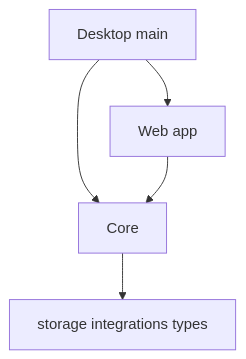
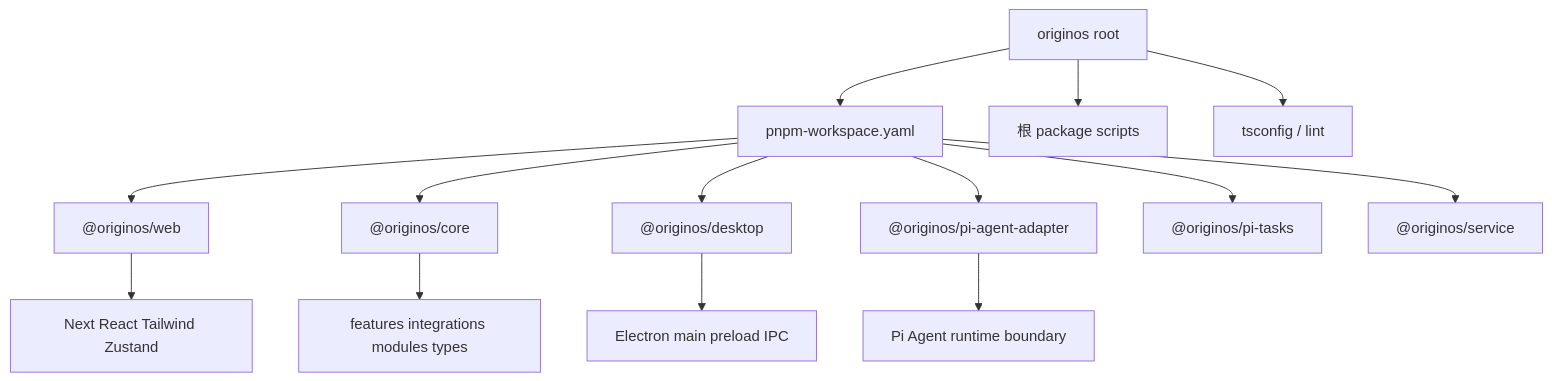
The diagram in learning-note/full-project-course-v2/textbook/part-a-system-foundation/A03-package-roles-and-dependency-direction.md (LavaCourage07/startupOS), drawn with Mermaid before and after one commit. The commit also changed other lines of this file and 24 other files, not shown here.

````diff
--- a/learning-note/full-project-course-v2/textbook/part-a-system-foundation/A03-package-roles-and-dependency-direction.md
+++ b/learning-note/full-project-course-v2/textbook/part-a-system-foundation/A03-package-roles-and-dependency-direction.md
@@ -9,7 +11,18 @@
 ```mermaid
 flowchart TB
-    Desktop[Desktop main] --> Web[Web app]
-    Desktop --> Core[Core]
-    Web --> Core
-    Core --> Base[storage integrations types]
+    Root[originos root] --> Workspace[pnpm-workspace.yaml]
+    Root --> Scripts[根 package scripts]
+    Root --> Configs[tsconfig / lint]
+
+    Workspace --> Web["@originos/web"]
+    Workspace --> Core["@originos/core"]
+    Workspace --> Desktop["@originos/desktop"]
+    Workspace --> AgentAdapter["@originos/pi-agent-adapter"]
+    Workspace --> PiTasks["@originos/pi-tasks"]
+    Workspace --> Service["@originos/service"]
+
+    Web --> WebTech[Next React Tailwind Zustand]
+    Core --> CoreTech[features integrations modules types]
+    Desktop --> DesktopTech[Electron main preload IPC]
+    AgentAdapter --> AgentTech[Pi Agent runtime boundary]
 ```
````
